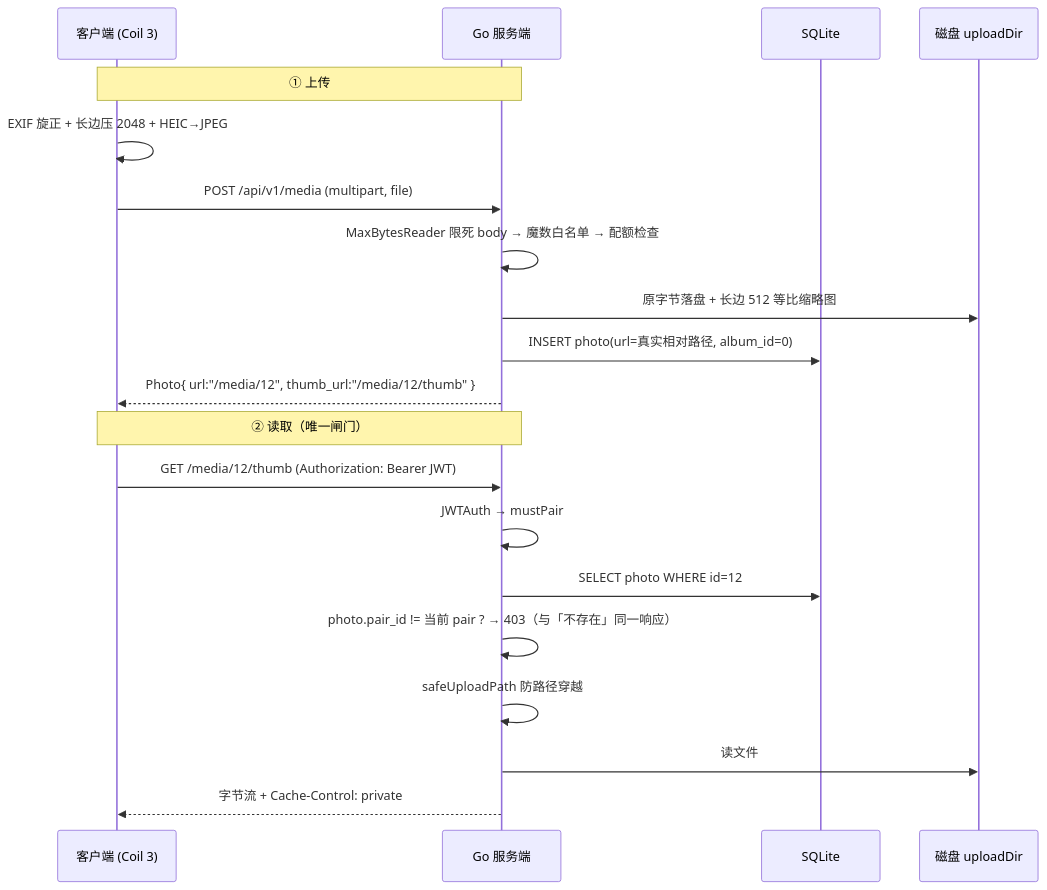
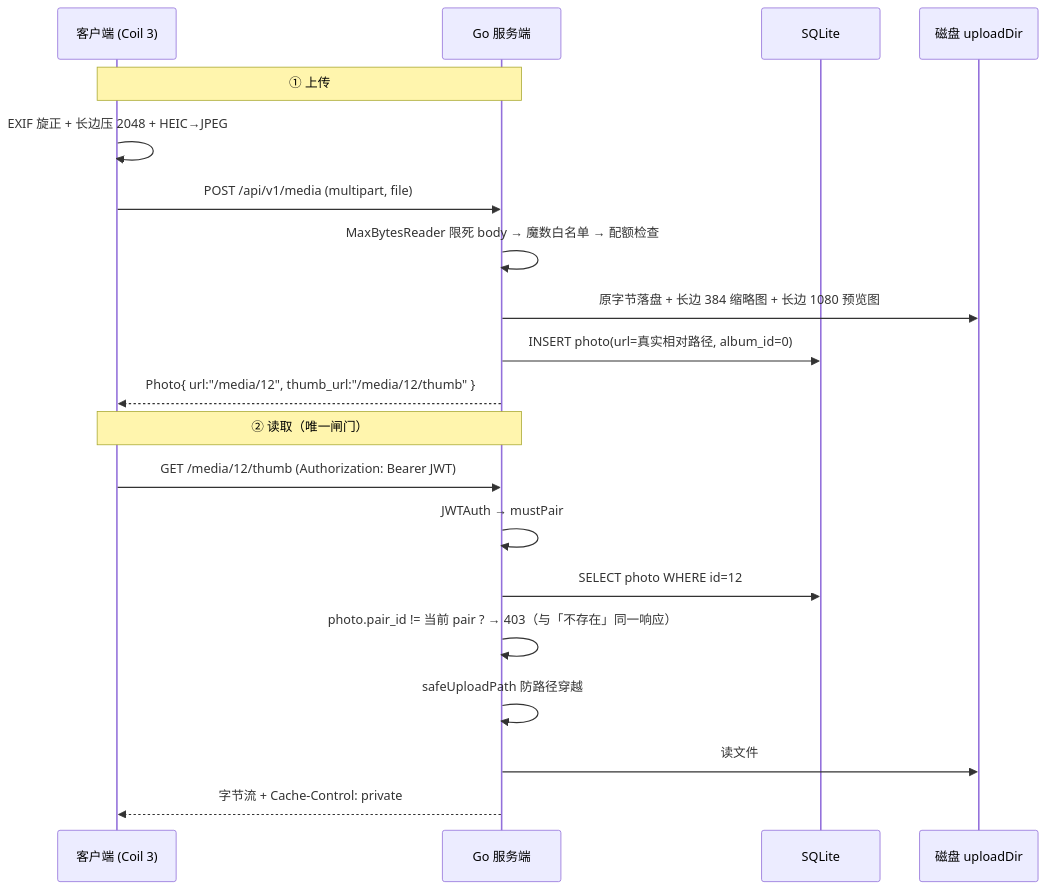
The fourth of 10 diagrams in ARCHITECTURE.md (Lxii-Build/LxDay), drawn with Mermaid before and after one commit. The commit also changed other lines of this file and 11 other files, not shown here.

````diff
--- a/ARCHITECTURE.md
+++ b/ARCHITECTURE.md
@@ -413,24 +431,24 @@
 ```mermaid
 sequenceDiagram
     participant C as 客户端 (Coil 3)
     participant S as Go 服务端
     participant DB as SQLite
     participant D as 磁盘 uploadDir
 
     Note over C,S: ① 上传
     C->>C: EXIF 旋正 + 长边压 2048 + HEIC→JPEG
     C->>S: POST /api/v1/media (multipart, file)
     S->>S: MaxBytesReader 限死 body → 魔数白名单 → 配额检查
-    S->>D: 原字节落盘 + 长边 512 等比缩略图
+    S->>D: 原字节落盘 + 长边 384 缩略图 + 长边 1080 预览图
     S->>DB: INSERT photo(url=真实相对路径, album_id=0)
     S-->>C: Photo{ url:"/media/12", thumb_url:"/media/12/thumb" }
 
     Note over C,S: ② 读取（唯一闸门）
     C->>S: GET /media/12/thumb (Authorization: Bearer JWT)
     S->>S: JWTAuth → mustPair
     S->>DB: SELECT photo WHERE id=12
     S->>S: photo.pair_id != 当前 pair ? → 403（与「不存在」同一响应）
     S->>S: safeUploadPath 防路径穿越
     S->>D: 读文件
     S-->>C: 字节流 + Cache-Control: private
 ```
````
